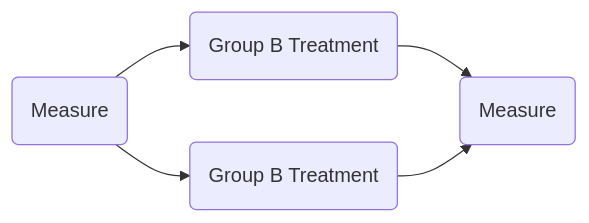
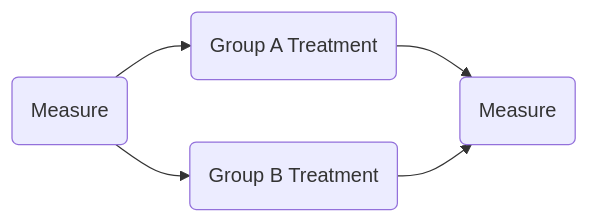
Before and after one commit to kpertc/Documents: the first of 2 diagrams in Markdown.md, drawn with Mermaid. The commit also changed other lines of this file and 217 other files, not shown here.

````diff
--- a/Markdown.md
+++ b/Markdown.md
@@ -311,7 +312,7 @@
 ```mermaid
 graph LR
-start(Measure) --> Group_A_Treatment(Group A Treatment)
-start(Measure) --> Group_B_Treatment(Group A Treatment)
-Group_A_Treatment(Group B Treatment) --> Measure_(Measure)
-Group_B_Treatment(Group B Treatment) --> Measure_(Measure)
+start(Measure) --> A(Group A Treatment)
+start --> B(Group B Treatment)
+A --> M(Measure)
+B --> M
 ```
````
